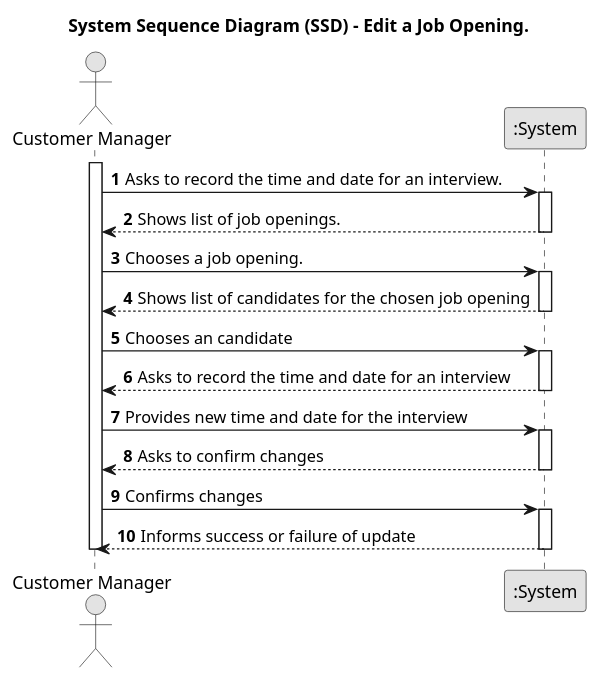
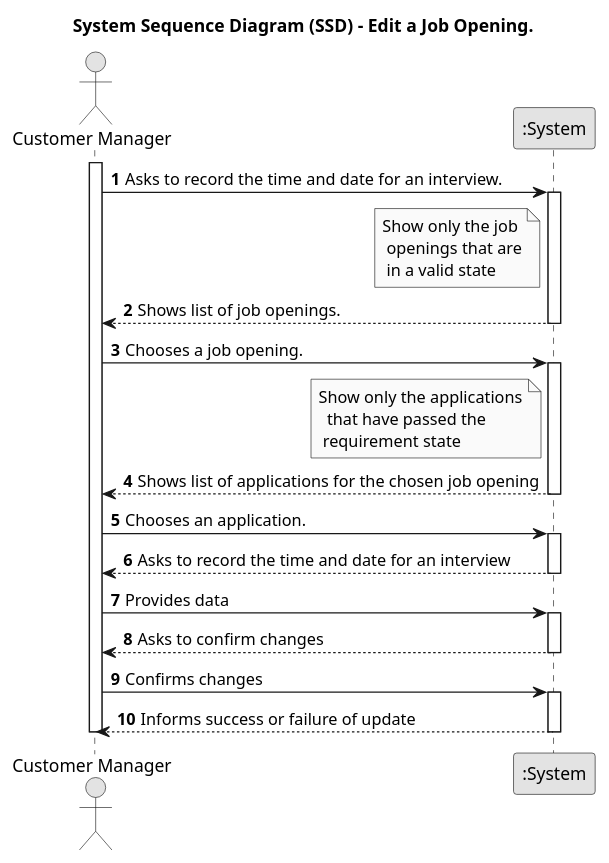
One commit to PureNimble/ISEP-LAPR4 changed the diagram in docs/sprintc/us_1014/01.requirements-engineering/puml/SSD-US1014.puml. Above: the diagram before and after it, drawn with PlantUML. The commit also changed 2 other files, not shown here.

```diff
--- a/docs/sprintc/us_1014/01.requirements-engineering/puml/SSD-US1014.puml
+++ b/docs/sprintc/us_1014/01.requirements-engineering/puml/SSD-US1014.puml
@@ -1,48 +1,49 @@
-@startuml SSD-US1004
+@startuml
 
 skinparam monochrome true
 skinparam packageStyle rectangle
 skinparam shadowing false
 
 title System Sequence Diagram (SSD) - Edit a Job Opening.
 
 autonumber
 
 actor "Customer Manager" as CustomerManager
 participant ":System" as System
 
 activate CustomerManager
 
 CustomerManager -> System : Asks to record the time and date for an interview.
-
+note left of System : Show only the job\n openings that are\n in a valid state
 activate System
 
 System --> CustomerManager : Shows list of job openings.
 deactivate System
 
 CustomerManager -> System : Chooses a job opening.
+note left of System : Show only the applications\n  that have passed the\n requirement state
 activate System
 
-System --> CustomerManager : Shows list of candidates for the chosen job opening
+System --> CustomerManager : Shows list of applications for the chosen job opening
 deactivate System
     
-CustomerManager -> System : Chooses an candidate
+CustomerManager -> System : Chooses an application.
 activate System
 
 System --> CustomerManager : Asks to record the time and date for an interview
 deactivate System
-CustomerManager -> System : Provides new time and date for the interview
+CustomerManager -> System : Provides data
 activate System
 
 System --> CustomerManager : Asks to confirm changes
 deactivate System
 
 CustomerManager -> System : Confirms changes
 activate System
 
 System --> CustomerManager : Informs success or failure of update
 deactivate System
 
 deactivate CustomerManager
 
 @enduml
```
